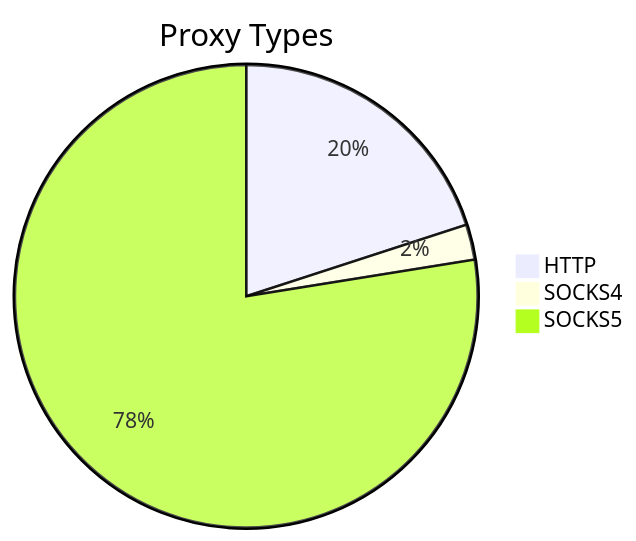
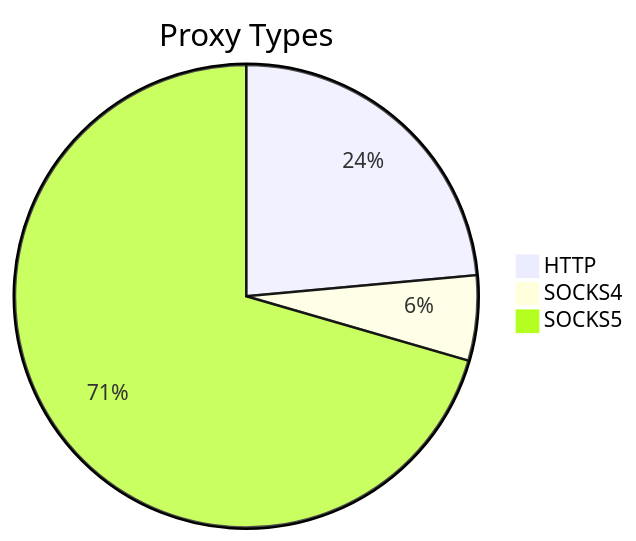
The first of 2 diagrams in README.md (stormsia/proxy-list), drawn with Mermaid before and after one commit. The commit also changed other lines of this file, not shown here.

````diff
--- a/README.md
+++ b/README.md
@@ -21,6 +21,6 @@
 ```mermaid
 pie title Proxy Types
-    "HTTP" : 227
-    "SOCKS4" : 28
-    "SOCKS5" : 880
+    "HTTP" : 194
+    "SOCKS4" : 49
+    "SOCKS5" : 581
 ```
````
